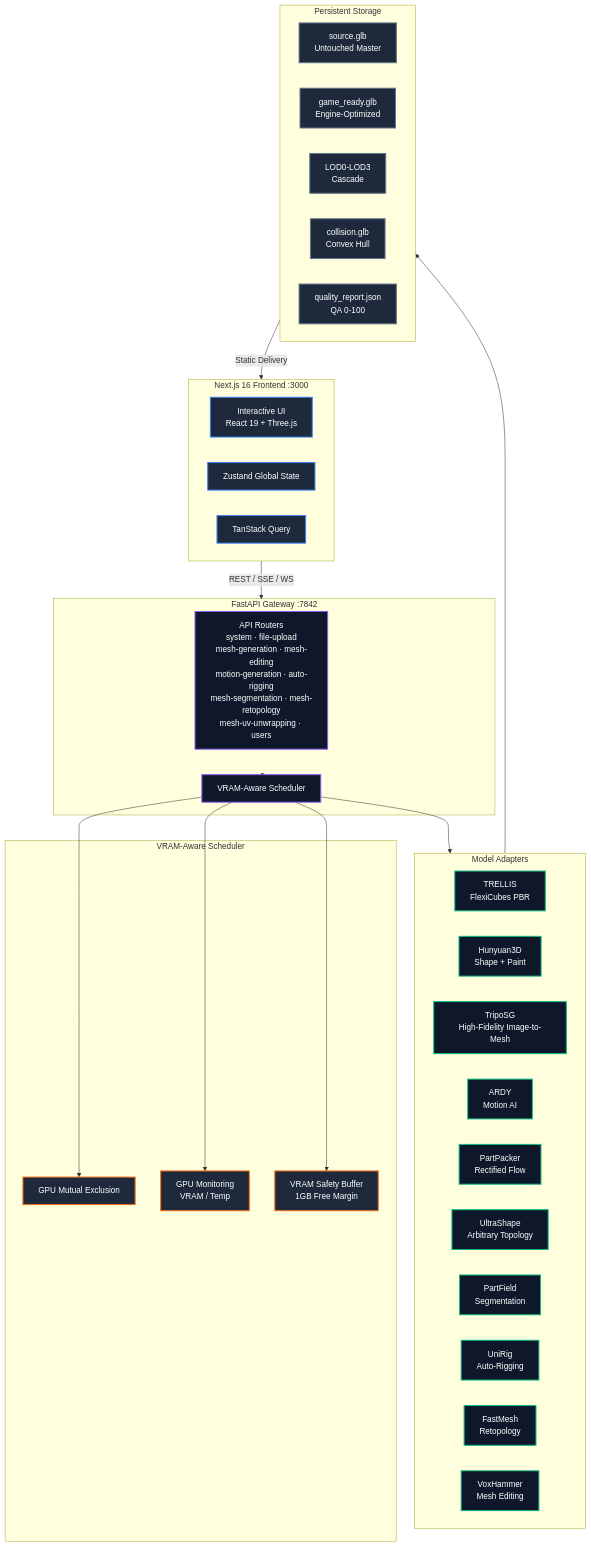
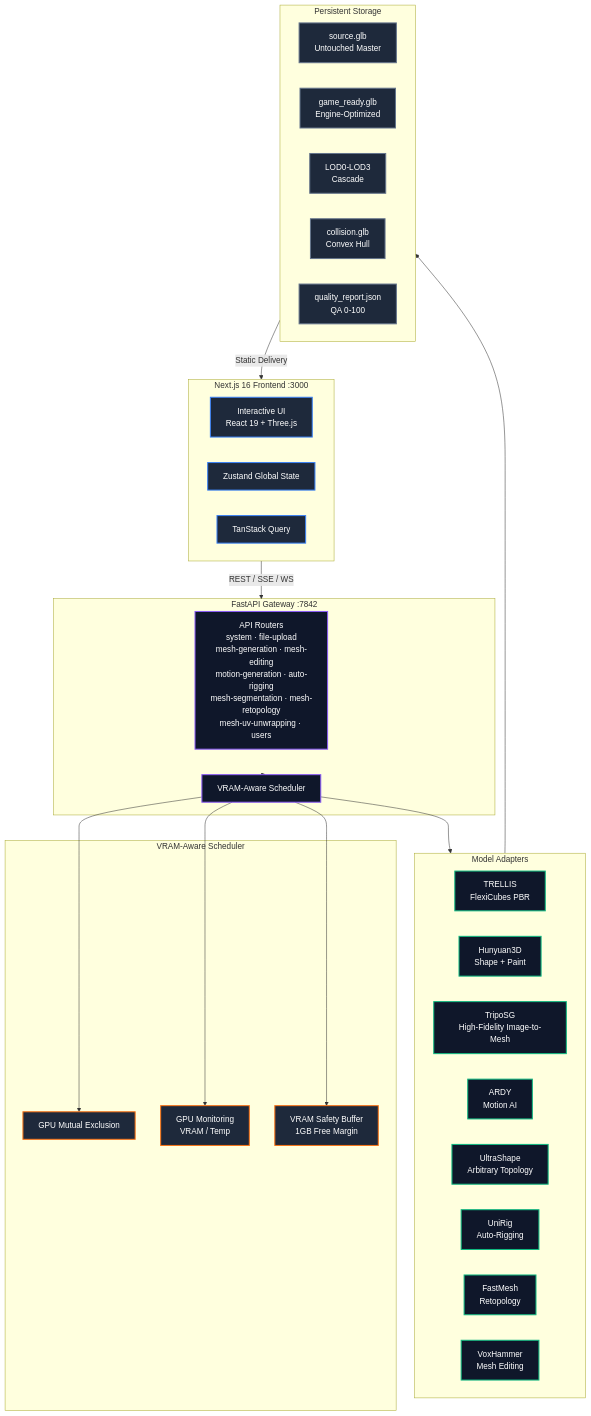
Before and after one commit to Silentzx2/ForMash3D: the first of 3 diagrams in Docs/PRD.md, drawn with Mermaid. The commit also changed other lines of this file and 96 other files, not shown here.

````diff
--- a/Docs/PRD.md
+++ b/Docs/PRD.md
@@ -144,56 +143,54 @@
 ```mermaid
 flowchart TB
     classDef client fill:#1e293b,stroke:#3b82f6,stroke-width:2px,color:#fff
     classDef gateway fill:#0f172a,stroke:#8b5cf6,stroke-width:2px,color:#fff
     classDef scheduler fill:#1e293b,stroke:#f97316,stroke-width:2px,color:#fff
     classDef adapters fill:#0f172a,stroke:#10b981,stroke-width:2px,color:#fff
     classDef storage fill:#1e293b,stroke:#64748b,stroke-width:2px,color:#fff
     classDef queue fill:#0f172a,stroke:#ec4899,stroke-width:2px,color:#fff
 
     subgraph Client["Next.js 16 Frontend :3000"]
         UI["Interactive UI<br/>React 19 + Three.js"]:::client
         STATE["Zustand Global State"]:::client
         QUERY["TanStack Query"]:::client
     end
 
     subgraph Gateway["FastAPI Gateway :7842"]
         ROUTERS["API Routers<br/>system · file-upload<br/>mesh-generation · mesh-editing<br/>motion-generation · auto-rigging<br/>mesh-segmentation · mesh-retopology<br/>mesh-uv-unwrapping · users"]:::gateway
         SCHED["VRAM-Aware Scheduler"]:::gateway
     end
 
     subgraph S["VRAM-Aware Scheduler"]
         GPU_LOCK["GPU Mutual Exclusion"]:::scheduler
         MONITOR["GPU Monitoring<br/>VRAM / Temp"]:::scheduler
         SAFETY["VRAM Safety Buffer<br/>1GB Free Margin"]:::scheduler
     end
 
     subgraph Adapters["Model Adapters"]
         TRELLIS["TRELLIS<br/>FlexiCubes PBR"]:::adapters
         HUNY["Hunyuan3D<br/>Shape + Paint"]:::adapters
         TRIPO["TripoSG<br/>High-Fidelity Image-to-Mesh"]:::adapters
         ARDY["ARDY<br/>Motion AI"]:::adapters
-        PP["PartPacker<br/>Rectified Flow"]:::adapters
         US["UltraShape<br/>Arbitrary Topology"]:::adapters
-        PF["PartField<br/>Segmentation"]:::adapters
         UR["UniRig<br/>Auto-Rigging"]:::adapters
         FM["FastMesh<br/>Retopology"]:::adapters
         VH["VoxHammer<br/>Mesh Editing"]:::adapters
     end
 
     subgraph Storage["Persistent Storage"]
         SRC["source.glb<br/>Untouched Master"]:::storage
         GAME["game_ready.glb<br/>Engine-Optimized"]:::storage
         LODS["LOD0-LOD3<br/>Cascade"]:::storage
         COL["collision.glb<br/>Convex Hull"]:::storage
         QA["quality_report.json<br/>QA 0-100"]:::storage
     end
 
     Client -- "REST / SSE / WS" --> Gateway
     Gateway --> SCHED
     SCHED --> GPU_LOCK
     SCHED --> MONITOR
     SCHED --> SAFETY
     SCHED --> Adapters
     Adapters --> Storage
     Storage -- "Static Delivery" --> Client
 ```
````
